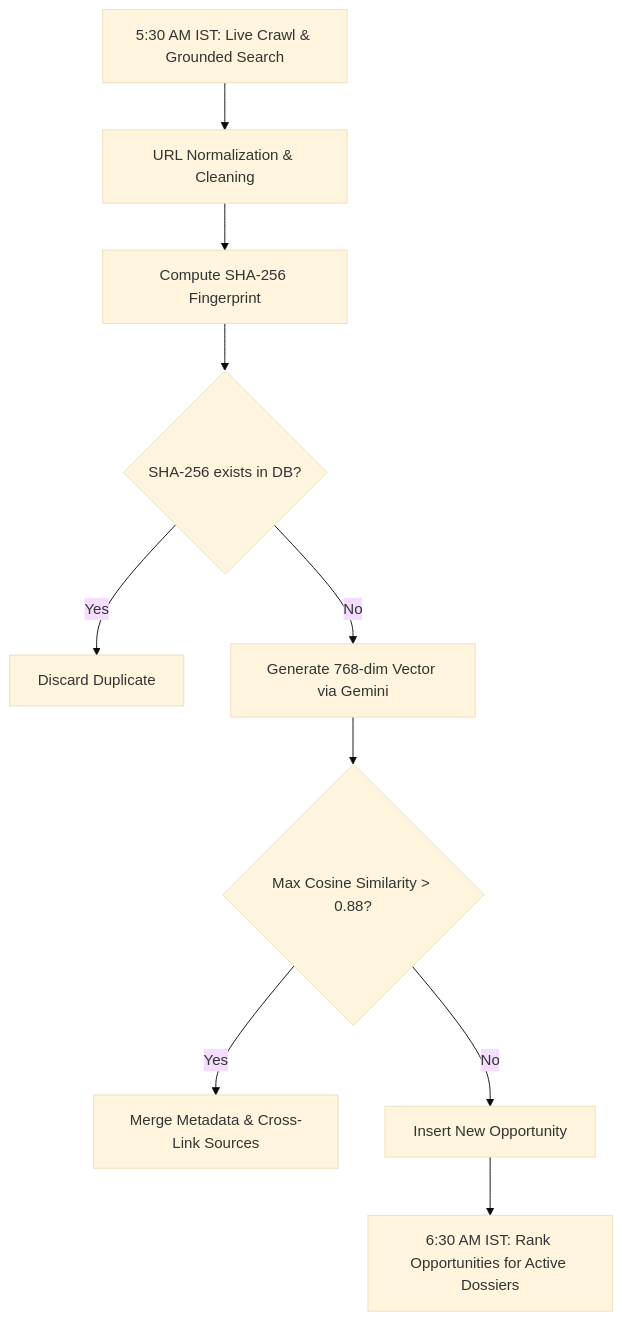
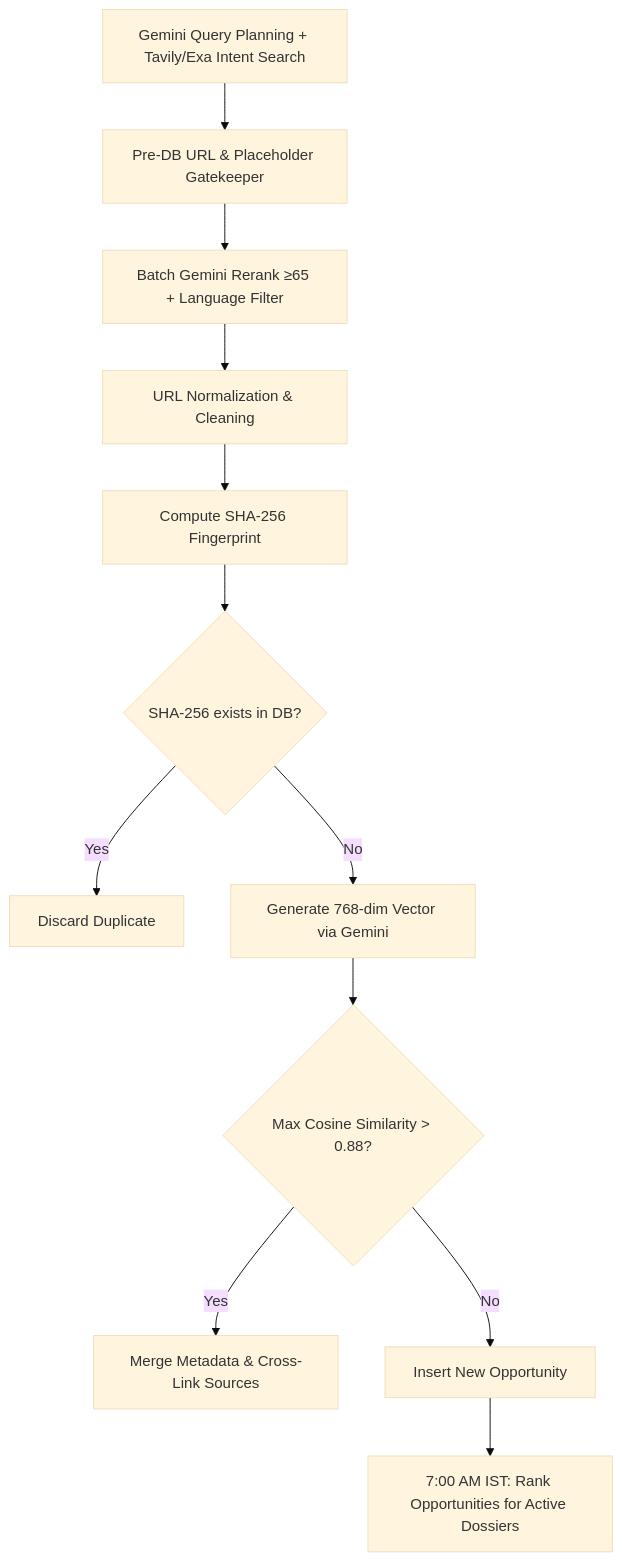
The third of 4 diagrams in ARCHITECTURE.md (PRANAV-DEV-20/student-radar), drawn with Mermaid (base theme) before and after one commit. The commit also changed other lines of this file and 120 other files, not shown here.

````diff
--- a/ARCHITECTURE.md
+++ b/ARCHITECTURE.md
@@ -263,12 +311,14 @@
 ```mermaid
 flowchart TD
-    RawCrawl[5:30 AM IST: Live Crawl & Grounded Search] --> URLNormalize[URL Normalization & Cleaning]
+    RawCrawl[Gemini Query Planning + Tavily/Exa Intent Search] --> Gatekeeper[Pre-DB URL & Placeholder Gatekeeper]
+    Gatekeeper --> Rerank[Batch Gemini Rerank ≥65 + Language Filter]
+    Rerank --> URLNormalize[URL Normalization & Cleaning]
     URLNormalize --> HashCalc[Compute SHA-256 Fingerprint]
     HashCalc --> DBHashCheck{SHA-256 exists in DB?}
     DBHashCheck -- Yes --> Discard[Discard Duplicate]
     DBHashCheck -- No --> EmbedGen[Generate 768-dim Vector via Gemini]
     EmbedGen --> CosineCheck{Max Cosine Similarity > 0.88?}
     CosineCheck -- Yes --> Merge[Merge Metadata & Cross-Link Sources]
     CosineCheck -- No --> InsertDB[Insert New Opportunity]
-    InsertDB --> RankCron[6:30 AM IST: Rank Opportunities for Active Dossiers]
+    InsertDB --> RankCron[7:00 AM IST: Rank Opportunities for Active Dossiers]
 ```
````
